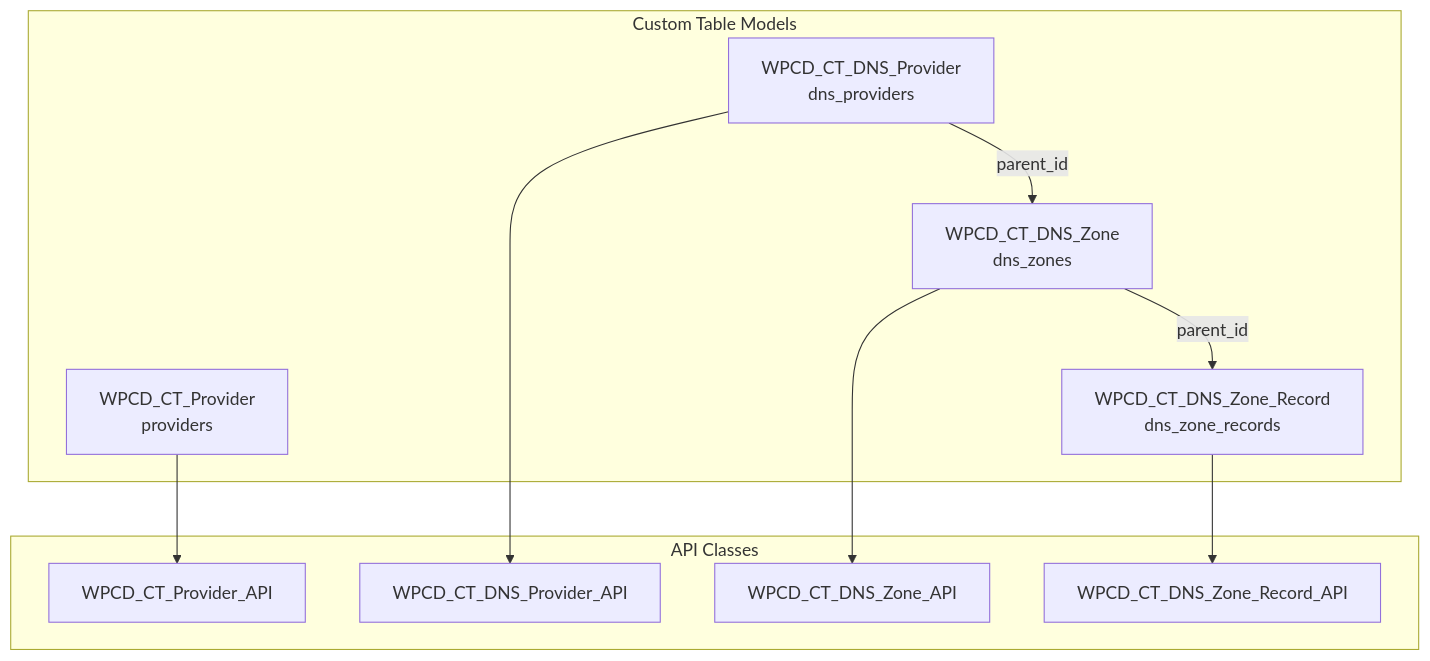
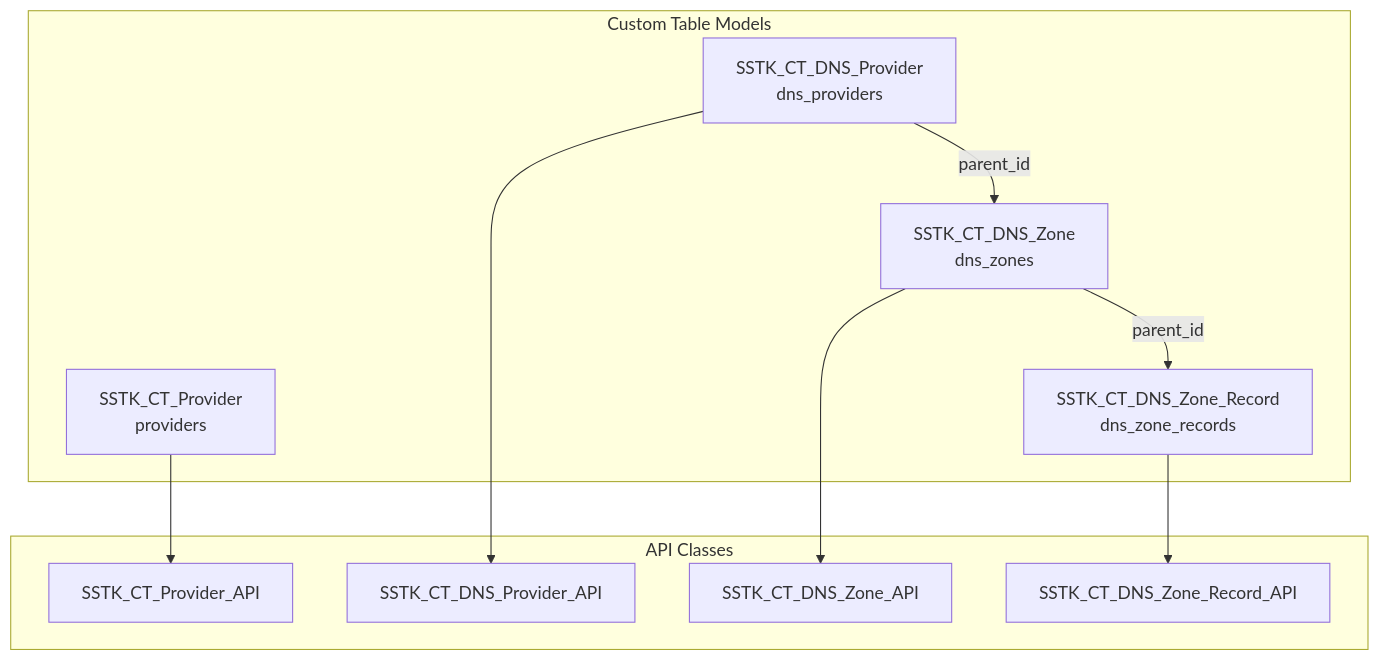
One commit to onedogsolutions/simple-stack changed the first of 4 diagrams in .qoder/repowiki/en/content/Data Management/Custom Database Tables/Provider and DNS Tables.md. Above: the diagram before and after it, drawn with Mermaid. The commit also changed other lines of this file and 5941 other files, not shown here.

````diff
--- a/.qoder/repowiki/en/content/Data Management/Custom Database Tables/Provider and DNS Tables.md
+++ b/.qoder/repowiki/en/content/Data Management/Custom Database Tables/Provider and DNS Tables.md
@@ -44,21 +44,21 @@
 ```mermaid
 graph TB
 subgraph "Custom Table Models"
-P["WPCD_CT_Provider<br/>providers"]
-DP["WPCD_CT_DNS_Provider<br/>dns_providers"]
-DZ["WPCD_CT_DNS_Zone<br/>dns_zones"]
-DR["WPCD_CT_DNS_Zone_Record<br/>dns_zone_records"]
+P["SSTK_CT_Provider<br/>providers"]
+DP["SSTK_CT_DNS_Provider<br/>dns_providers"]
+DZ["SSTK_CT_DNS_Zone<br/>dns_zones"]
+DR["SSTK_CT_DNS_Zone_Record<br/>dns_zone_records"]
 end
 subgraph "API Classes"
-PA["WPCD_CT_Provider_API"]
-DPA["WPCD_CT_DNS_Provider_API"]
-DZA["WPCD_CT_DNS_Zone_API"]
-DRA["WPCD_CT_DNS_Zone_Record_API"]
+PA["SSTK_CT_Provider_API"]
+DPA["SSTK_CT_DNS_Provider_API"]
+DZA["SSTK_CT_DNS_Zone_API"]
+DRA["SSTK_CT_DNS_Zone_Record_API"]
 end
 P --> PA
 DP --> DPA
 DZ --> DZA
 DR --> DRA
 DP --> |"parent_id"| DZ
 DZ --> |"parent_id"| DR
 ```
````
